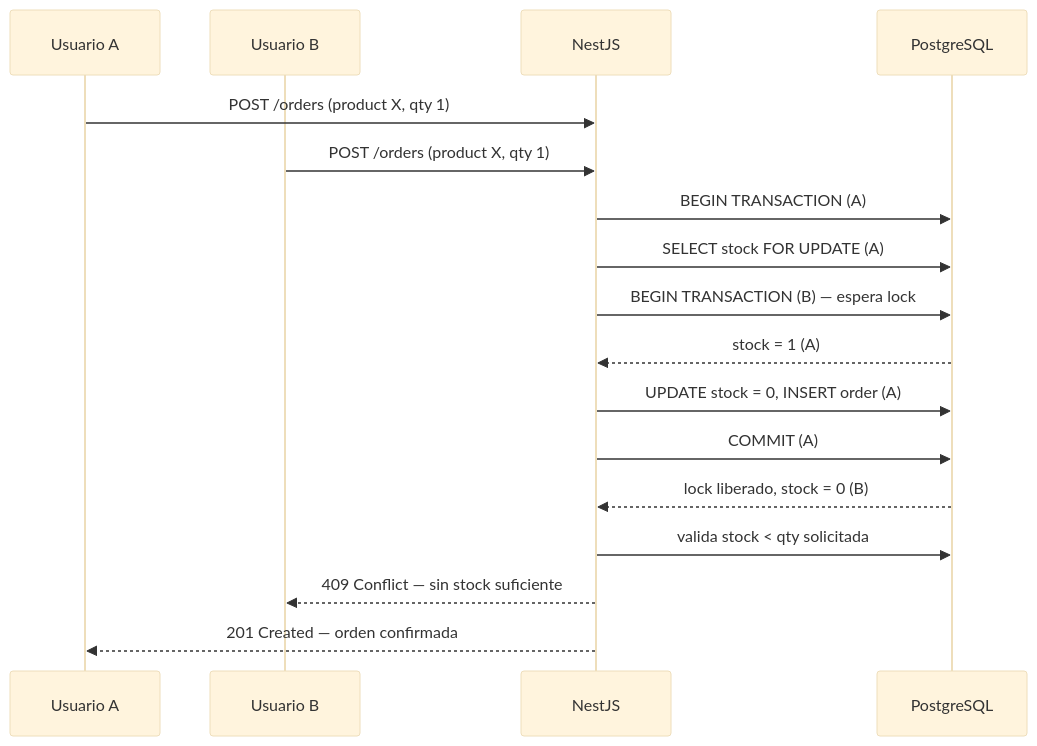
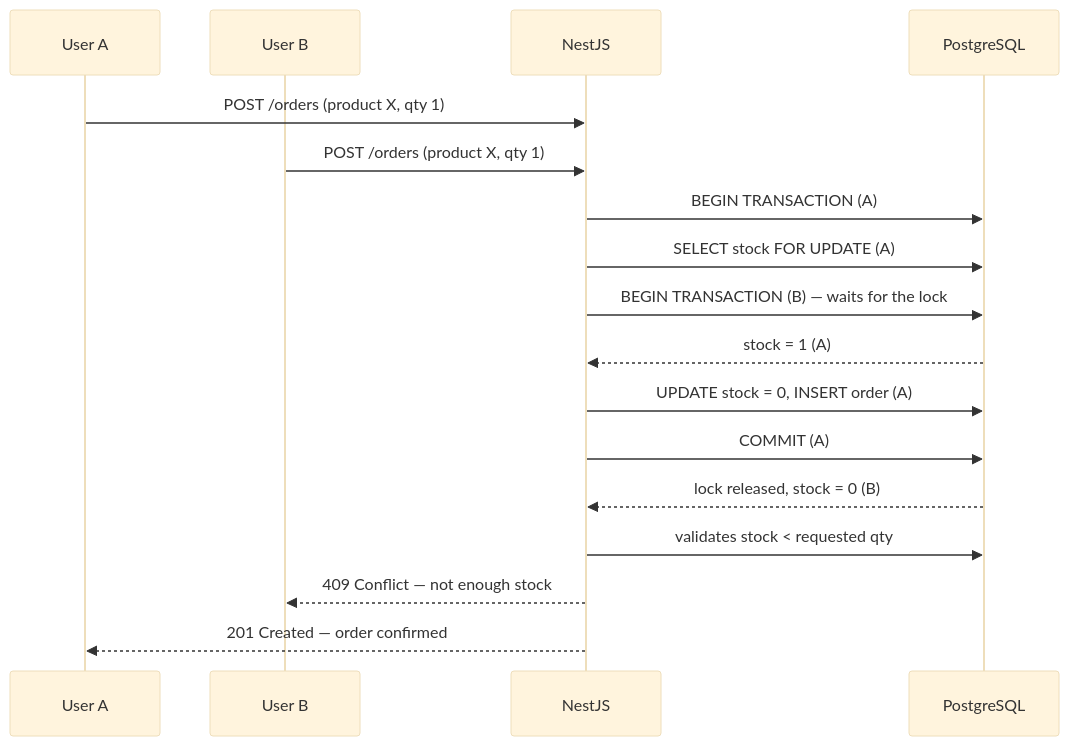
The seventh of 7 diagrams in docs/initial.md (alejandrogalaz21/e-comerce), drawn with Mermaid (base theme) before and after one commit. The commit also changed other lines of this file and 1 other file, not shown here.

````diff
--- a/docs/initial.md
+++ b/docs/initial.md
@@ -349,20 +353,20 @@
 ```mermaid
 sequenceDiagram
-    participant U1 as Usuario A
-    participant U2 as Usuario B
+    participant U1 as User A
+    participant U2 as User B
     participant API as NestJS
     participant DB as PostgreSQL
 
     U1->>API: POST /orders (product X, qty 1)
     U2->>API: POST /orders (product X, qty 1)
     API->>DB: BEGIN TRANSACTION (A)
     API->>DB: SELECT stock FOR UPDATE (A)
-    API->>DB: BEGIN TRANSACTION (B) — espera lock
+    API->>DB: BEGIN TRANSACTION (B) — waits for the lock
     DB-->>API: stock = 1 (A)
     API->>DB: UPDATE stock = 0, INSERT order (A)
     API->>DB: COMMIT (A)
-    DB-->>API: lock liberado, stock = 0 (B)
-    API->>DB: valida stock < qty solicitada
-    API-->>U2: 409 Conflict — sin stock suficiente
-    API-->>U1: 201 Created — orden confirmada
+    DB-->>API: lock released, stock = 0 (B)
+    API->>DB: validates stock < requested qty
+    API-->>U2: 409 Conflict — not enough stock
+    API-->>U1: 201 Created — order confirmed
 ```
````
